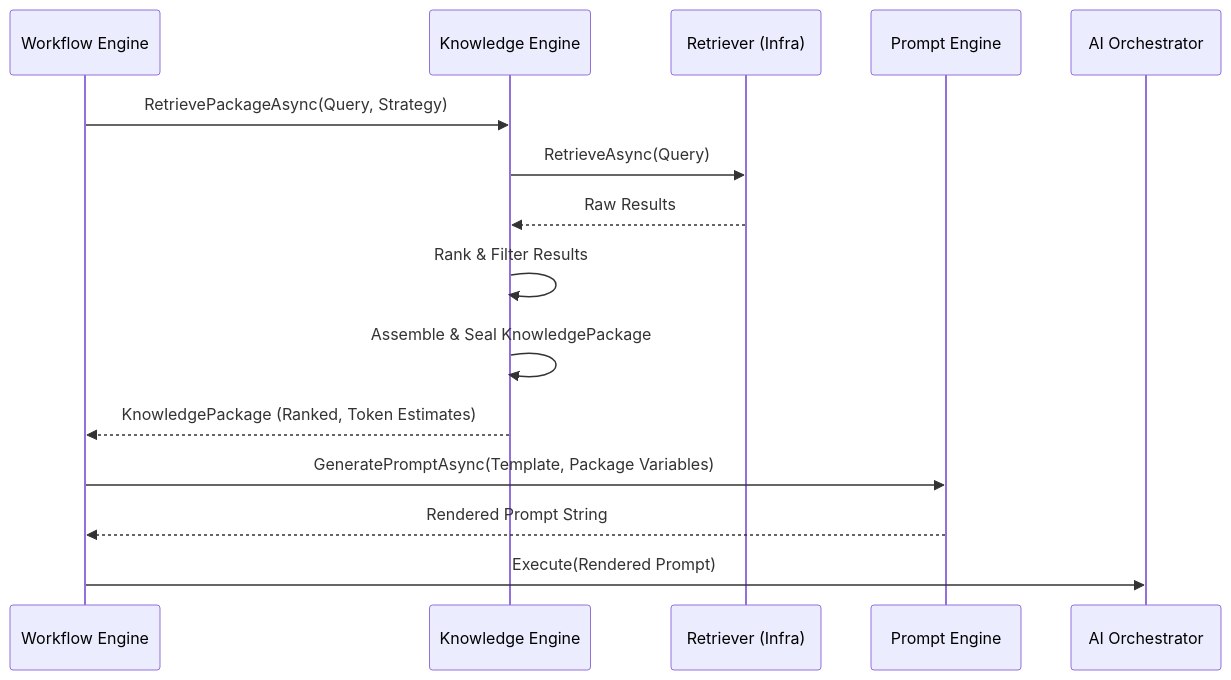
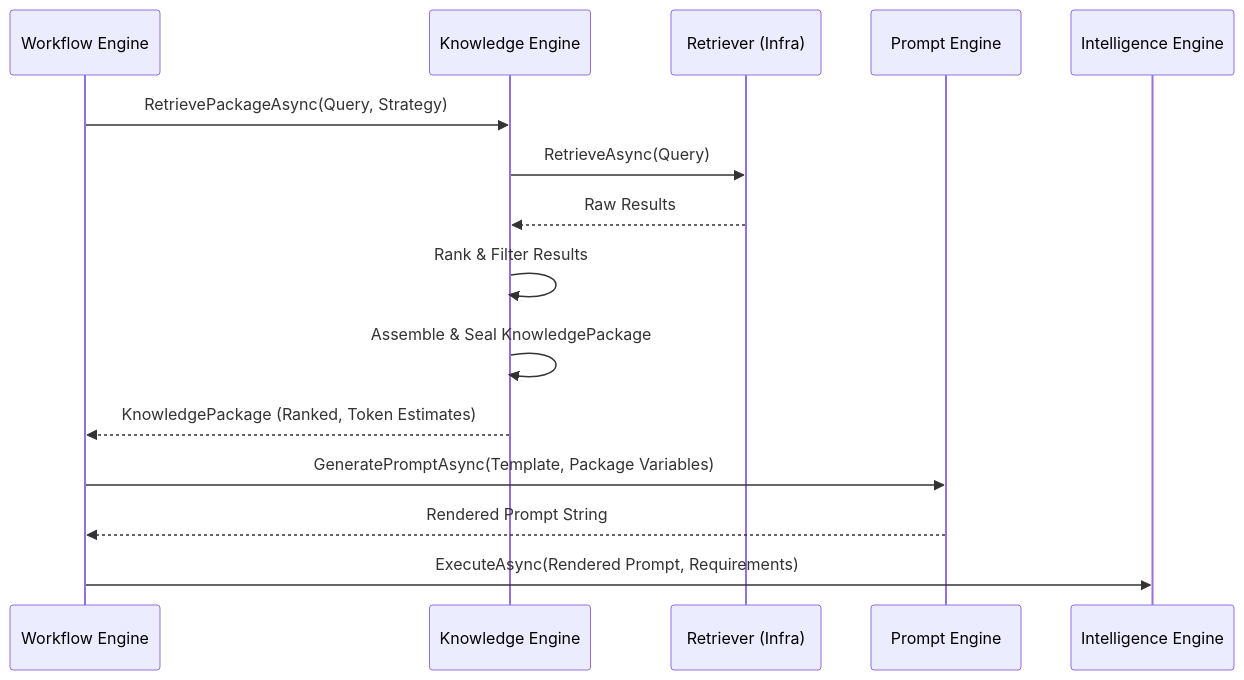
The diagram in docs/capabilities/KnowledgeEngine.md (kevinkutoane/convolab), drawn with Mermaid before and after one commit. The commit also changed 10 other files, not shown here.

Commit message:
docs: add comprehensive architecture documentation, capabilities, and system diagrams

````diff
--- a/docs/capabilities/KnowledgeEngine.md
+++ b/docs/capabilities/KnowledgeEngine.md
@@ -48,18 +48,18 @@
 ```mermaid
 sequenceDiagram
     participant W as Workflow Engine
     participant K as Knowledge Engine
     participant R as Retriever (Infra)
     participant P as Prompt Engine
-    participant A as AI Orchestrator
+    participant IE as Intelligence Engine
 
     W->>K: RetrievePackageAsync(Query, Strategy)
     K->>R: RetrieveAsync(Query)
     R-->>K: Raw Results
     K->>K: Rank & Filter Results
     K->>K: Assemble & Seal KnowledgePackage
     K-->>W: KnowledgePackage (Ranked, Token Estimates)
     W->>P: GeneratePromptAsync(Template, Package Variables)
     P-->>W: Rendered Prompt String
-    W->>A: Execute(Rendered Prompt)
+    W->>IE: ExecuteAsync(Rendered Prompt, Requirements)
 ```
````
